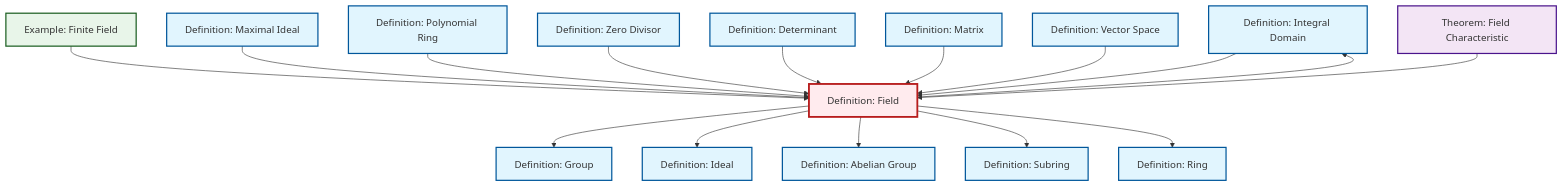
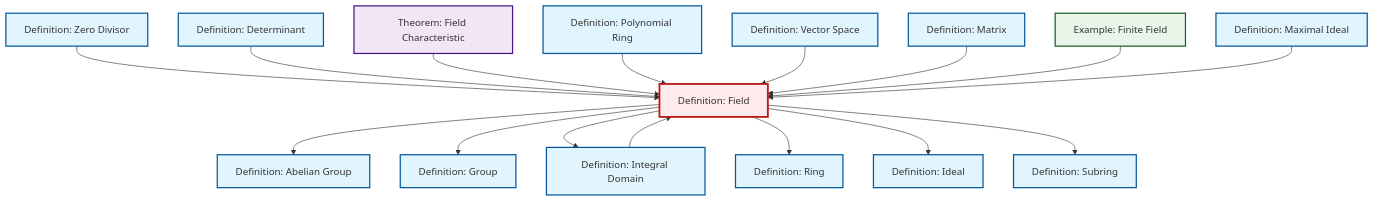
One commit to RK0429/ModernMath changed the diagram in output/mermaid/en/def-field.mermaid. Above: the diagram before and after it, drawn with Mermaid. The commit also changed other lines of this file and 3096 other files, not shown here.

```diff
--- a/output/mermaid/en/def-field.mermaid
+++ b/output/mermaid/en/def-field.mermaid
@@ -1,38 +1,38 @@
 %%| fig-cap: "Local dependency graph"
 graph TD
     classDef definition fill:#e1f5fe,stroke:#01579b,stroke-width:2px
     classDef theorem fill:#f3e5f5,stroke:#4a148c,stroke-width:2px
     classDef axiom fill:#fff3e0,stroke:#e65100,stroke-width:2px
     classDef example fill:#e8f5e9,stroke:#1b5e20,stroke-width:2px
     classDef current fill:#ffebee,stroke:#b71c1c,stroke-width:3px
-    def-integral-domain["Definition: Integral Domain"]:::definition
-    ex-finite-field["Example: Finite Field"]:::example
-    def-determinant["Definition: Determinant"]:::definition
-    def-zero-divisor["Definition: Zero Divisor"]:::definition
-    thm-field-characteristic["Theorem: Field Characteristic"]:::theorem
-    def-ideal["Definition: Ideal"]:::definition
-    def-ring["Definition: Ring"]:::definition
-    def-vector-space["Definition: Vector Space"]:::definition
+    def-field["Definition: Field"]:::definition
+    def-group["Definition: Group"]:::definition
     def-subring["Definition: Subring"]:::definition
     def-matrix["Definition: Matrix"]:::definition
-    def-group["Definition: Group"]:::definition
+    def-abelian-group["Definition: Abelian Group"]:::definition
+    def-determinant["Definition: Determinant"]:::definition
+    def-vector-space["Definition: Vector Space"]:::definition
+    def-zero-divisor["Definition: Zero Divisor"]:::definition
+    ex-finite-field["Example: Finite Field"]:::example
     def-polynomial-ring["Definition: Polynomial Ring"]:::definition
-    def-field["Definition: Field"]:::definition
-    def-abelian-group["Definition: Abelian Group"]:::definition
+    def-integral-domain["Definition: Integral Domain"]:::definition
+    thm-field-characteristic["Theorem: Field Characteristic"]:::theorem
+    def-ring["Definition: Ring"]:::definition
     def-maximal-ideal["Definition: Maximal Ideal"]:::definition
+    def-ideal["Definition: Ideal"]:::definition
+    def-zero-divisor --> def-field
+    def-determinant --> def-field
+    thm-field-characteristic --> def-field
+    def-field --> def-abelian-group
+    def-polynomial-ring --> def-field
     def-field --> def-group
+    def-vector-space --> def-field
+    def-field --> def-integral-domain
+    def-matrix --> def-field
+    def-field --> def-ring
+    def-field --> def-ideal
+    def-field --> def-subring
     ex-finite-field --> def-field
     def-maximal-ideal --> def-field
-    def-field --> def-integral-domain
-    def-field --> def-ideal
-    def-field --> def-abelian-group
-    def-polynomial-ring --> def-field
-    def-zero-divisor --> def-field
-    def-determinant --> def-field
-    def-matrix --> def-field
     def-integral-domain --> def-field
-    def-vector-space --> def-field
-    thm-field-characteristic --> def-field
-    def-field --> def-subring
-    def-field --> def-ring
     class def-field current
```
